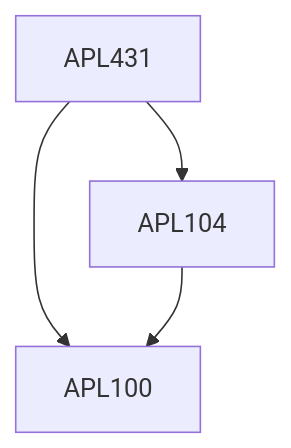
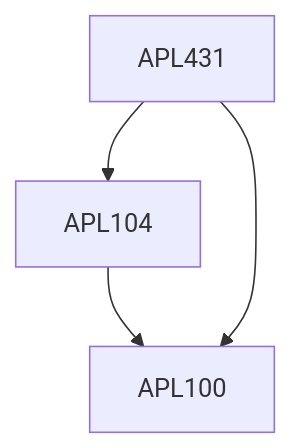
The diagram in content/Applied Mechanics/APL431.md (KeshavBansal0122/CoS_Website), drawn with Mermaid before and after one commit. The commit also changed other lines of this file and 2662 other files, not shown here.

````diff
--- a/content/Applied Mechanics/APL431.md
+++ b/content/Applied Mechanics/APL431.md
@@ -13,10 +13,10 @@
 ```mermaid
 flowchart TD
 APL431-40[APL431]
+APL104-40 --> APL100-40[APL100]
 APL431-40 --> APL100-40[APL100]
-APL104-40 --> APL100-40[APL100]
 APL431-40 --> APL104-40[APL104]
 
 classDef empty height:17px, fill:transparent, stroke:transparent;
 classDef trueEmpty height:0px, width:0px;
 ```
````
